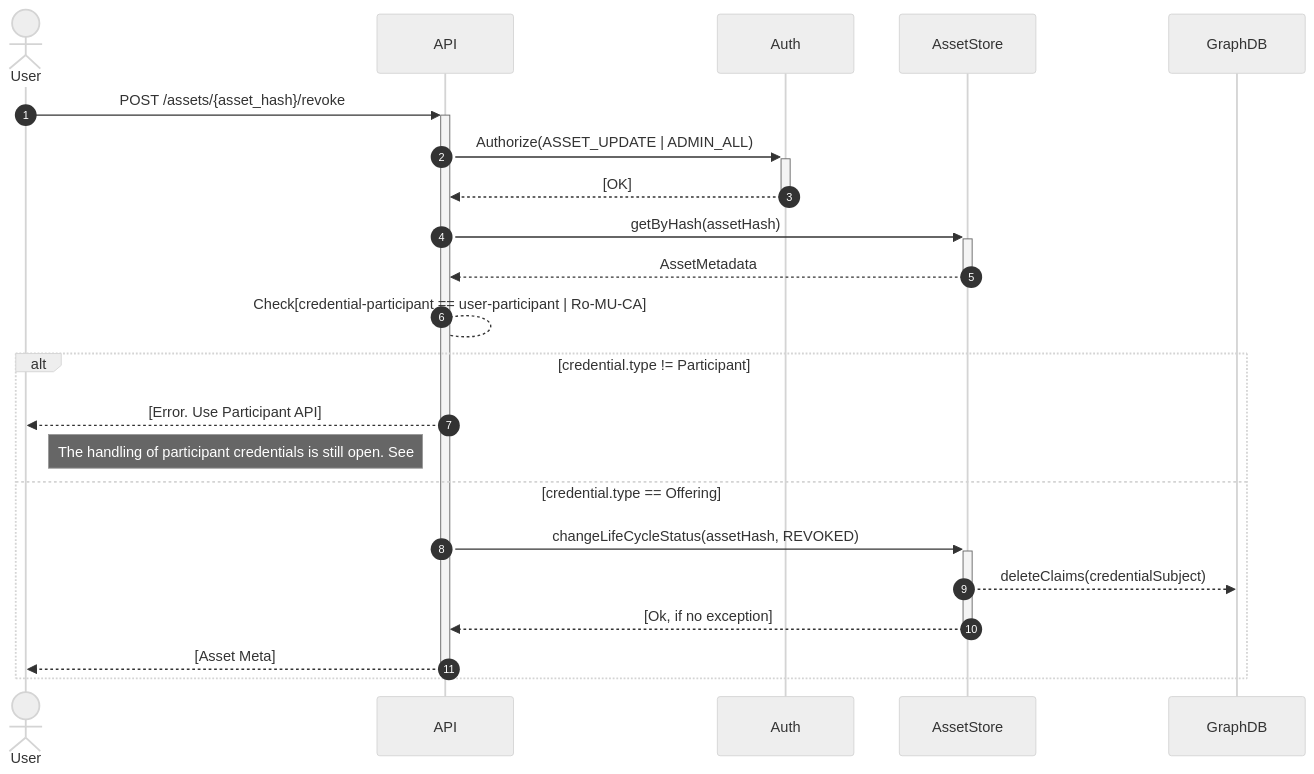
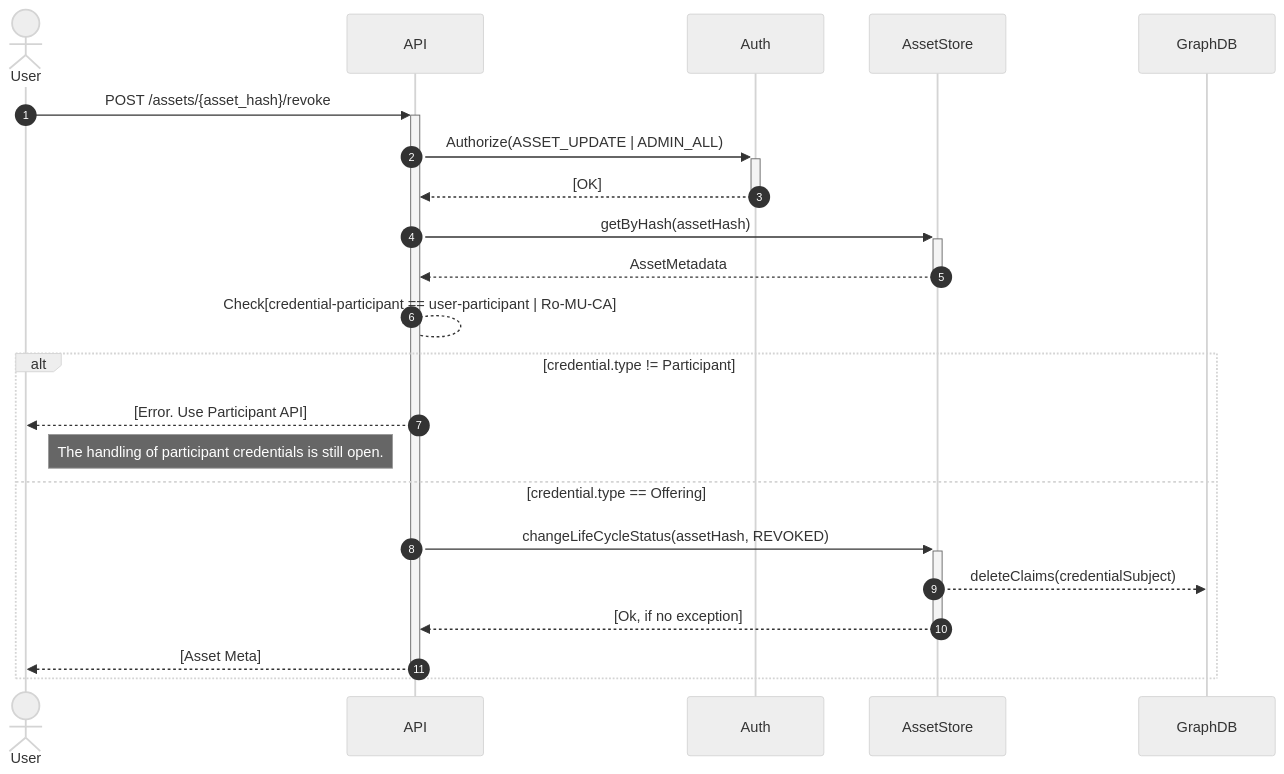
Diagram 20 of 44 in federated-catalogue/src/docs/architecture/chapters/06_runtime_view.adoc (federated-catalogue-enhancements-2026/docs), drawn with Mermaid (neutral theme) before and after one commit. The commit also changed other lines of this file and 11 other files, not shown here.

First line of the commit message:
docs(arc42): decouple federated-catalogue architecture docs from implementation detail

```diff
--- a/federated-catalogue/src/docs/architecture/chapters/06_runtime_view.adoc
+++ b/federated-catalogue/src/docs/architecture/chapters/06_runtime_view.adoc
@@ -700,24 +706,24 @@
 [mermaid, width=2000]
 ....
 sequenceDiagram
     autonumber
     actor User
     participant API
     participant Auth
     participant AssetStore as AssetStore
     User ->> + API:POST /assets/{asset_hash}/revoke
     API ->> + Auth:Authorize(ASSET_UPDATE | ADMIN_ALL)
     Auth -->> - API:[OK]
     API ->> + AssetStore: getByHash(assetHash)
     AssetStore -->> - API: AssetMetadata
     API --> API:Check[credential-participant == user-participant | Ro-MU-CA]
     alt credential.type != Participant
         API -->> User: [Error. Use Participant API]
-        Note right of User: The handling of participant credentials is still open. See #6
+        Note right of User: The handling of participant credentials is still open.
     else credential.type == Offering
         API ->> + AssetStore: changeLifeCycleStatus(assetHash, REVOKED)
         AssetStore -->> GraphDB: deleteClaims(credentialSubject)
         AssetStore -->> - API: [Ok, if no exception]
         API -->> - User:[Asset Meta]
     end
 ....
```
